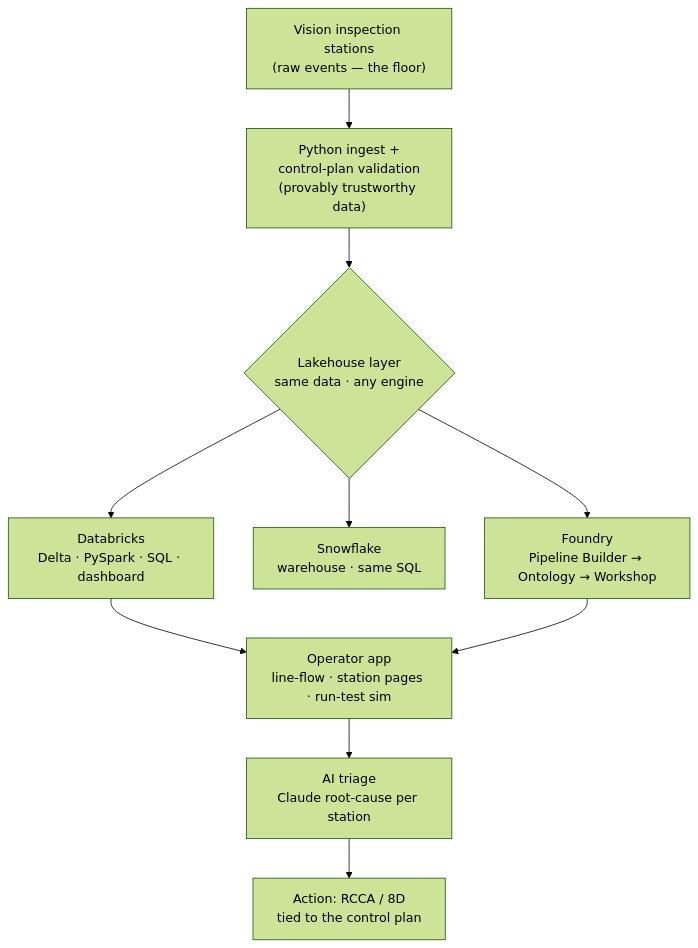
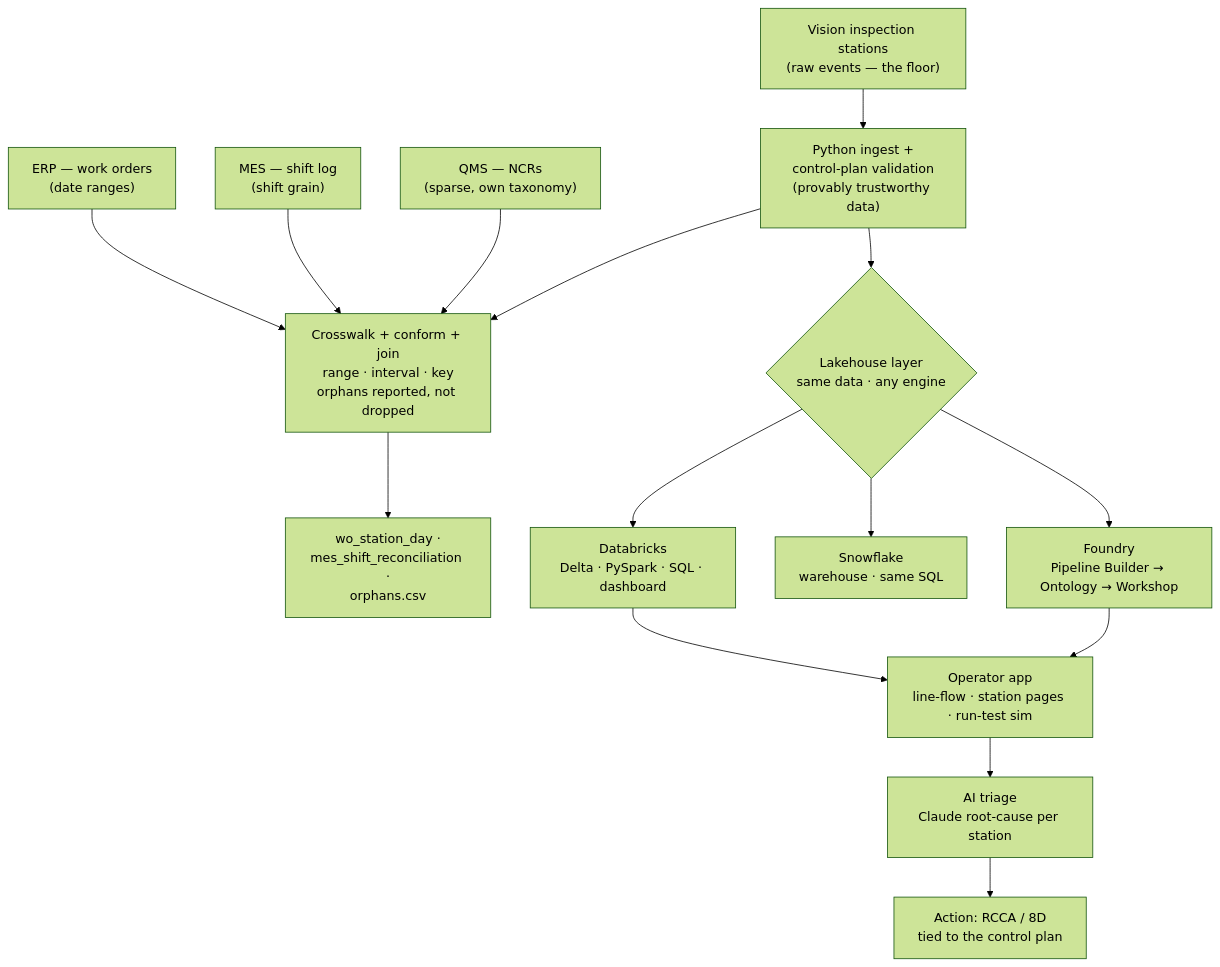
Before and after one commit to fusovaadmin/inspection-quality-intelligence: the diagram in docs/ARCHITECTURE.md, drawn with Mermaid (forest theme). The commit also changed other lines of this file and 18 other files, not shown here.

First line of the commit message:
Join ERP, MES and QMS to the floor: heterogeneous system integration

````diff
--- a/docs/ARCHITECTURE.md
+++ b/docs/ARCHITECTURE.md
@@ -7,12 +7,17 @@
 ```mermaid
 flowchart TD
     A["Vision inspection stations<br/>(raw events — the floor)"] --> B["Python ingest +<br/>control-plan validation<br/>(provably trustworthy data)"]
+    A1["ERP — work orders<br/>(date ranges)"] --> X
+    A2["MES — shift log<br/>(shift grain)"] --> X
+    A3["QMS — NCRs<br/>(sparse, own taxonomy)"] --> X
+    B --> X["Crosswalk + conform + join<br/>range · interval · key<br/>orphans reported, not dropped"]
+    X --> Y["wo_station_day ·<br/>mes_shift_reconciliation ·<br/>orphans.csv"]
     B --> C{"Lakehouse layer<br/>same data · any engine"}
     C --> D["Databricks<br/>Delta · PySpark · SQL · dashboard"]
     C --> E["Snowflake<br/>warehouse · same SQL"]
     C --> F["Foundry<br/>Pipeline Builder → Ontology → Workshop"]
     D --> G["Operator app<br/>line-flow · station pages · run-test sim"]
     F --> G
     G --> H["AI triage<br/>Claude root-cause per station"]
     H --> I["Action: RCCA / 8D<br/>tied to the control plan"]
 ```
````
